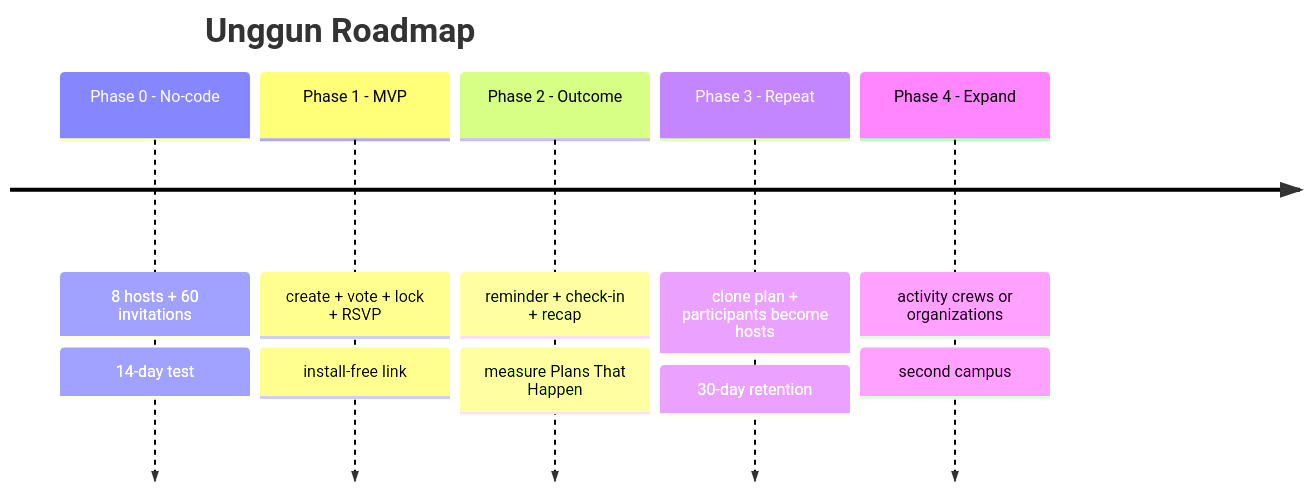
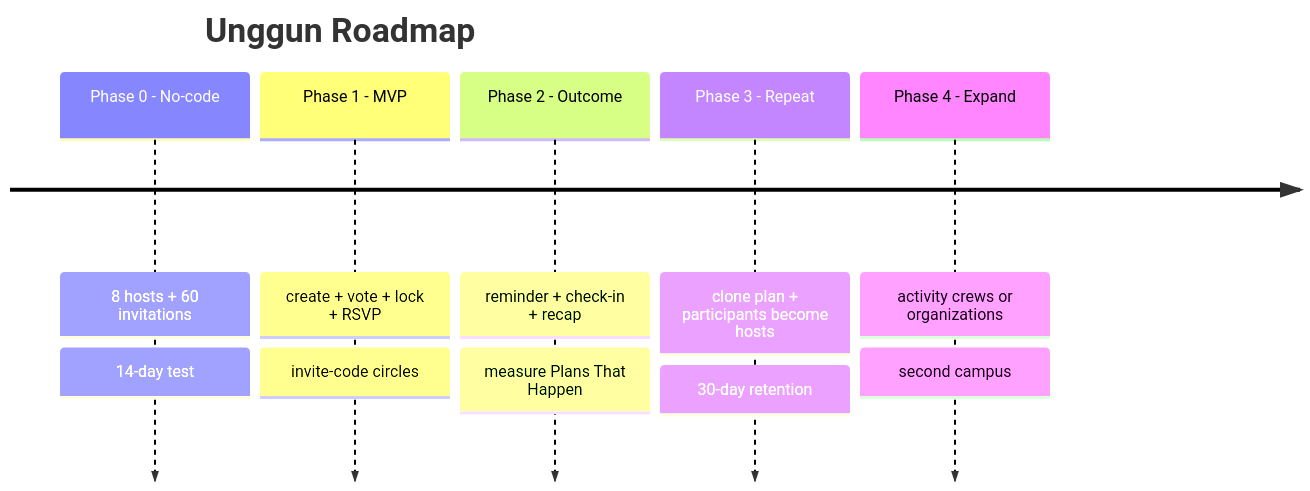
Before and after one commit to itsmhp/SocialMedia: the second of 2 diagrams in concept/03-growth-metrics-roadmap.md, drawn with Mermaid. The commit also changed other lines of this file and 11 other files, not shown here.

````diff
--- a/concept/03-growth-metrics-roadmap.md
+++ b/concept/03-growth-metrics-roadmap.md
@@ -24,9 +24,9 @@
 ```mermaid
 timeline
     title Unggun Roadmap
     Phase 0 - No-code : 8 hosts + 60 invitations : 14-day test
-    Phase 1 - MVP : create + vote + lock + RSVP : install-free link
+    Phase 1 - MVP : create + vote + lock + RSVP : invite-code circles
     Phase 2 - Outcome : reminder + check-in + recap : measure Plans That Happen
     Phase 3 - Repeat : clone plan + participants become hosts : 30-day retention
     Phase 4 - Expand : activity crews or organizations : second campus
 ```
````
